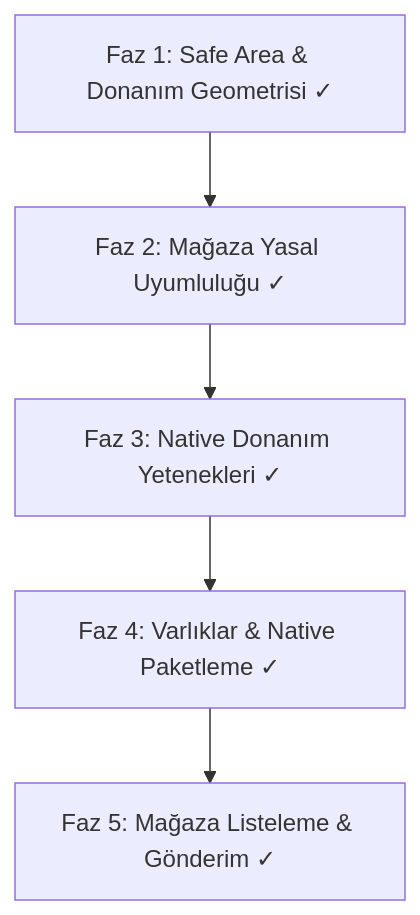
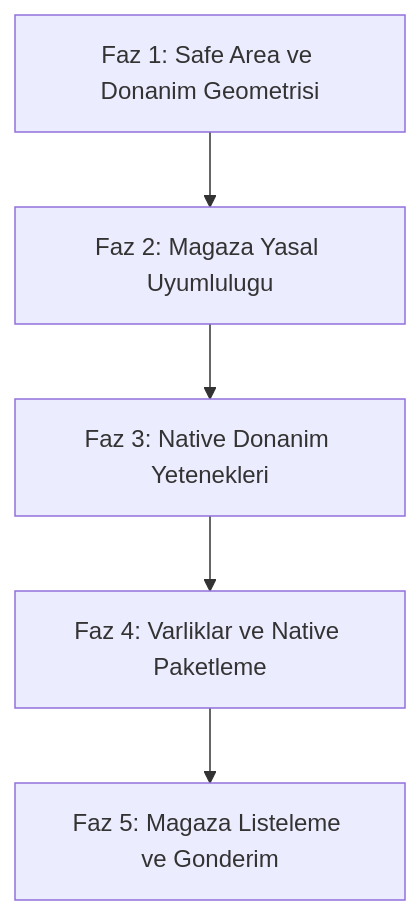
The diagram in STORE-YAYINLAMA-YOL-HARITASI.md (sandrotonal/KAPSULE), drawn with Mermaid before and after one commit. The commit also changed other lines of this file and 2 other files, not shown here.

````diff
--- a/STORE-YAYINLAMA-YOL-HARITASI.md
+++ b/STORE-YAYINLAMA-YOL-HARITASI.md
@@ -23,7 +23,7 @@
 ```mermaid
 graph TD
-    A[Faz 1: Safe Area & Donanım Geometrisi ✓] --> B[Faz 2: Mağaza Yasal Uyumluluğu ✓]
-    B --> C[Faz 3: Native Donanım Yetenekleri ✓]
-    C --> D[Faz 4: Varlıklar & Native Paketleme ✓]
-    D --> E[Faz 5: Mağaza Listeleme & Gönderim ✓]
+    A[Faz 1: Safe Area ve Donanim Geometrisi] --> B[Faz 2: Magaza Yasal Uyumlulugu]
+    B --> C[Faz 3: Native Donanim Yetenekleri]
+    C --> D[Faz 4: Varliklar ve Native Paketleme]
+    D --> E[Faz 5: Magaza Listeleme ve Gonderim]
 ```
````
